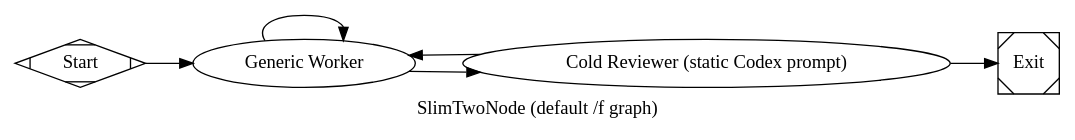
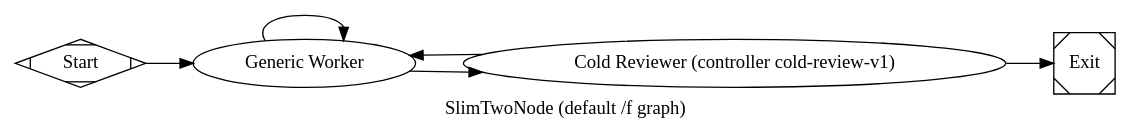
The diagram in pipelines/slim/two_node.dot (jleechanorg/dark-factory), drawn with Graphviz before and after one commit. The commit also changed 10 other files, not shown here.

Commit message:
agy/gemini-3.6-flash-high: fix(default-graph): bind slim two_node graph to controller-owned cold-review-v1 and reconcile docs

```diff
--- a/pipelines/slim/two_node.dot
+++ b/pipelines/slim/two_node.dot
@@ -1,64 +1,62 @@
 // pipelines/slim/two_node.dot
 //
 // Default graph for `/f` (and `/factory`). Exactly two productive nodes:
 //   worker         — generic codergen; light prompt; does whatever the user asked.
-//   cold_reviewer  — gate_er that runs the static Codex cold-reviewer prompt
-//                    (prompts/slim/cold_reviewer.md — DO NOT EDIT; this prompt
-//                    is the canonical cold reviewer contract for slim runs).
+//   cold_reviewer  — controller-owned cold reviewer using the SHA-pinned
+//                    cold-review-v1 execution path (prompts/catalog/controller_cold_review_v1.md).
 //
 // Wiring:
 //   start -> worker -> cold_reviewer -> exit                (on success)
 //                          \-> worker                        (on failure, bounded max_visits=3)
 //
 // Backend routing:
 //   - worker          honors the run-level --backend (the coder tier the user
 //                     chose; default = whatever /f's Step 0.5 detector picks).
-//   - cold_reviewer   uses backend_priority="codex,minimax,agy,claude-sonnet"
-//                     and prefer_adversarial="true" so the reviewer is a
-//                     different vendor from the worker whenever possible. The
-//                     queue is the same priority list already documented in
-//                     docs/pipeline-selection.md; no new backend table here.
+//   - cold_reviewer   uses review_contract="cold-review-v1" and
+//                     backend_priority="codex,minimax,agy,claude-sonnet"
+//                     with prefer_adversarial="true" so the reviewer is a
+//                     different vendor from the worker whenever possible.
 //
 // Failure semantics:
 //   - cold_reviewer is goal_gate=true. On success the run exits.
 //   - On a real fail/partial verdict the runner routes back to worker directly.
 //     Worker handles iteration (max_visits=3). No separate fix node in this graph.
 
 digraph SlimTwoNode {
     graph [
-        goal="Generic worker does the user's task; static Codex cold reviewer gates it. Slim default for /f."
+        goal="Generic worker does the user's task; controller-owned cold-review-v1 reviewer gates it. Slim default for /f."
         rankdir=LR
         label="SlimTwoNode (default /f graph)"
     ]
 
     start  [shape=Mdiamond, label="Start"]
     exit   [shape=Msquare,  label="Exit"]
 
     worker [
         type="codergen",
         label="Generic Worker",
         class="worker",
         prompt="@prompts/slim/worker.md",
         max_retries=2,
         max_visits="3",
         timeout=600
     ]
 
     cold_reviewer [
-        type="gate_er",
-        label="Cold Reviewer (static Codex prompt)",
+        type="parallel_reviewer",
+        label="Cold Reviewer (controller cold-review-v1)",
         class="review",
-        prompt="@prompts/slim/cold_reviewer.md",
+        review_contract="cold-review-v1",
         backend_priority="codex,minimax,agy,claude-sonnet",
         prefer_adversarial="true",
         goal_gate=true,
         timeout=600
     ]
 
     start -> worker
     worker -> cold_reviewer [condition="outcome=success"]
     worker -> worker        [condition="outcome!=success"]
 
     cold_reviewer -> exit   [condition="outcome=success"]
     cold_reviewer -> worker [condition="outcome!=success"]
 }
```
